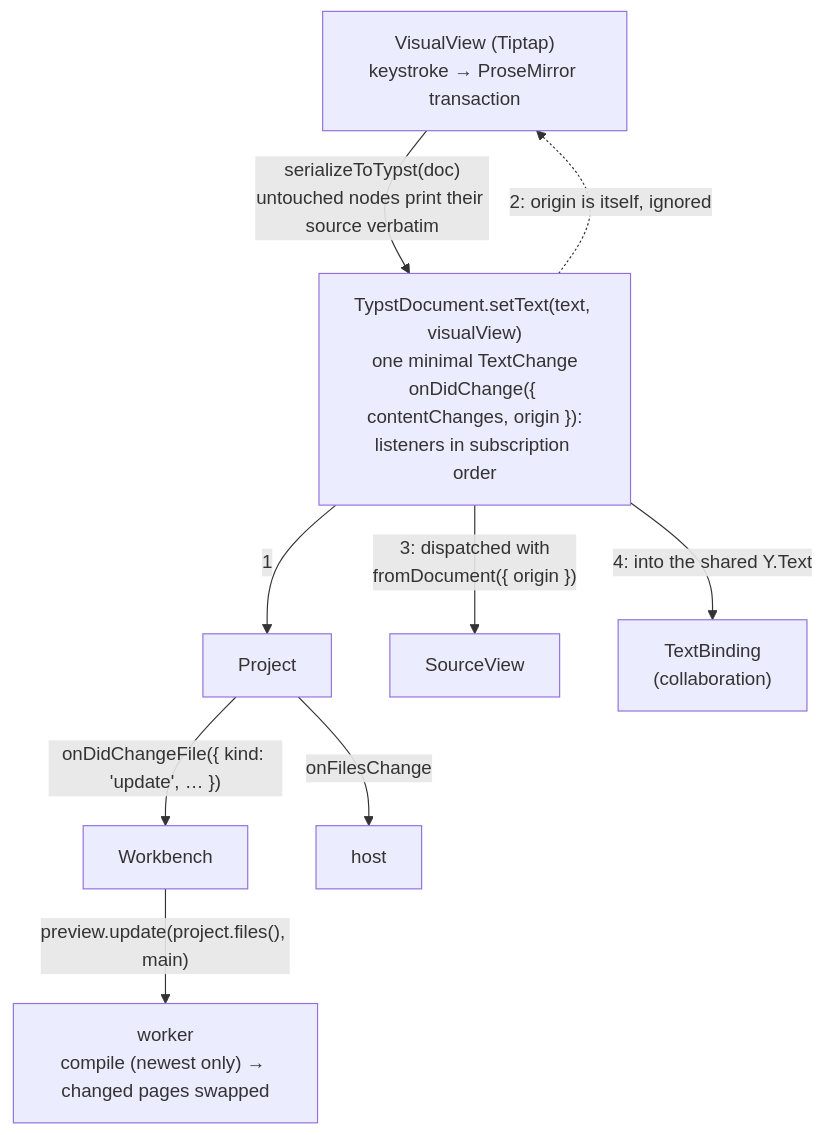
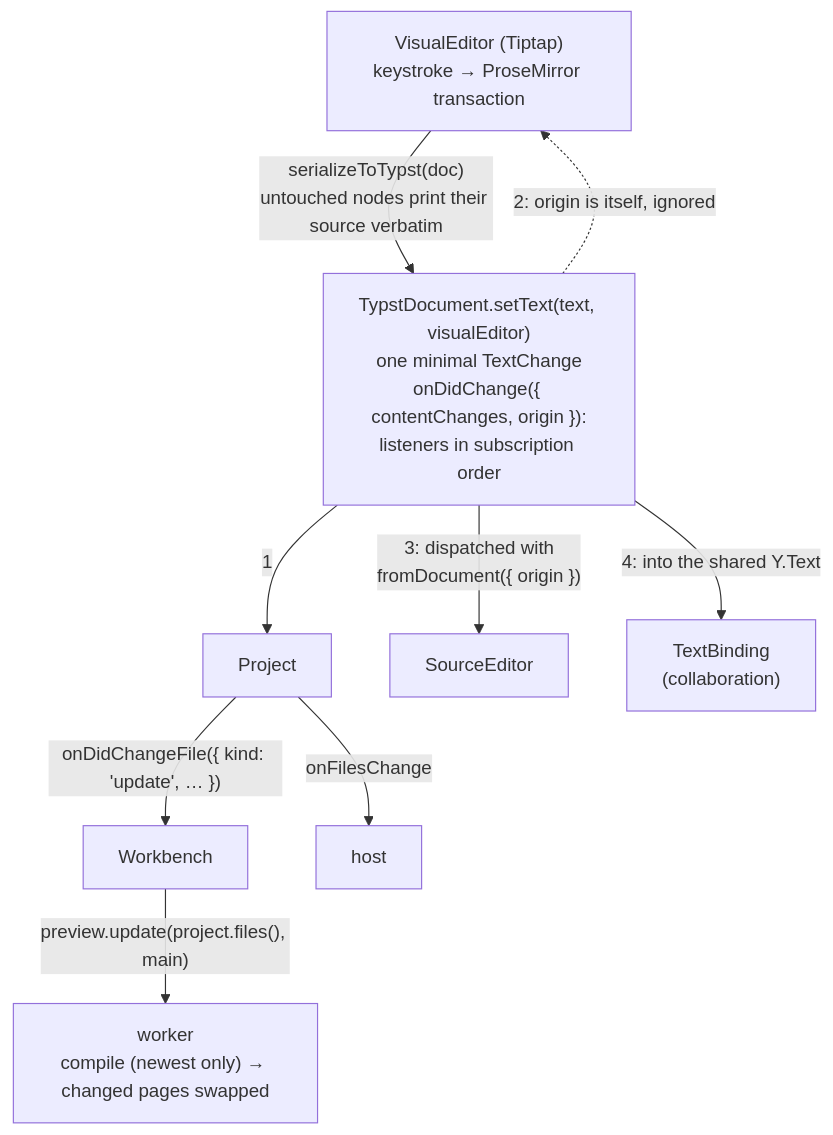
One commit to sandstorm/zwiebelfisch changed the diagram in docs/diagrams/keystroke.mmd. Above: the diagram before and after it, drawn with Mermaid. The commit also changed 345 other files, not shown here.

First line of the commit message:
Visual and Source editors: named like VS Code's editors, not views

```diff
--- a/docs/diagrams/keystroke.mmd
+++ b/docs/diagrams/keystroke.mmd
@@ -1,25 +1,25 @@
 flowchart TD
-  visual["`VisualView (Tiptap)
+  visual["`VisualEditor (Tiptap)
   keystroke → ProseMirror transaction`"]
-  document["`TypstDocument.setText(text, visualView)
+  document["`TypstDocument.setText(text, visualEditor)
   one minimal TextChange
   onDidChange({ contentChanges, origin }):
   listeners in subscription order`"]
   project["Project"]
   workbench["Workbench"]
   worker["`worker
   compile (newest only) → changed pages swapped`"]
   host["host"]
-  source["SourceView"]
+  source["SourceEditor"]
   binding["`TextBinding
   (collaboration)`"]
   visual -- "`serializeToTypst(doc)
   untouched nodes print their source verbatim`" --> document
   document -- 1 --> project
   document -. "`2: origin is itself, ignored`" .-> visual
   document -- "`3: dispatched with
   fromDocument({ origin })`" --> source
   document -- "`4: into the shared Y.Text`" --> binding
   project -- "`onDidChangeFile({ kind: 'update', … })`" --> workbench
   project -- onFilesChange --> host
   workbench -- "`preview.update(project.files(), main)`" --> worker
```
